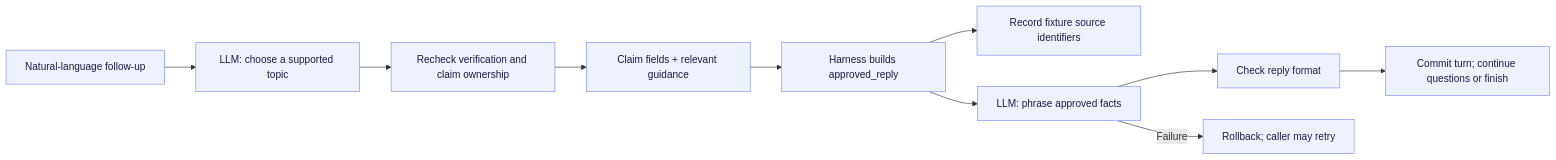
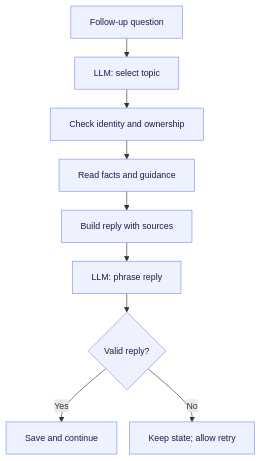
Before and after one commit to XinhaoTheo/insurance-claims-sop-agent: the third of 10 diagrams in docs/architecture.md, drawn with Mermaid. The commit also changed other lines of this file and 1 other file, not shown here.

Commit message:
docs: fit diagrams to page width

````diff
--- a/docs/architecture.md
+++ b/docs/architecture.md
@@ -74,14 +70,14 @@
 ```mermaid
-flowchart LR
-    Question["Natural-language follow-up"] --> Topic["LLM: choose a supported topic"]
-    Topic --> Guard["Recheck verification and claim ownership"]
-    Guard --> Data["Claim fields + relevant guidance"]
-    Data --> Approved["Harness builds approved_reply"]
-    Approved --> Sources["Record fixture source identifiers"]
-    Approved --> Render["LLM: phrase approved facts"]
-    Render --> Validate["Check reply format"]
-    Validate --> Follow["Commit turn; continue questions or finish"]
-    Render -->|Failure| Retry["Rollback; caller may retry"]
+%%{init: {"flowchart": {"nodeSpacing": 20, "rankSpacing": 30}, "themeVariables": {"fontSize": "14px"}}}%%
+flowchart TD
+    Question["Follow-up question"] --> Topic["LLM: select topic"]
+    Topic --> Guard["Check identity and ownership"]
+    Guard --> Facts["Read facts and guidance"]
+    Facts --> Plan["Build reply with sources"]
+    Plan --> Render["LLM: phrase reply"]
+    Render --> Check{"Valid reply?"}
+    Check -->|Yes| Save["Save and continue"]
+    Check -->|No| Retry["Keep state; allow retry"]
 
     classDef default fill:#eef2ff,stroke:#818cf8,color:#1e1b4b;
 ```
````
